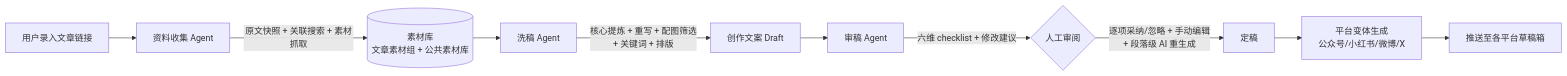
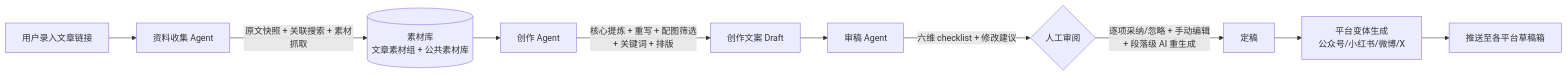
One commit to 18582088138/WeChatRewriteX changed the diagram in docs/design/00-overview.md. Above: the diagram before and after it, drawn with Mermaid. The commit also changed other lines of this file and 89 other files, not shown here.

````diff
--- a/docs/design/00-overview.md
+++ b/docs/design/00-overview.md
@@ -9,12 +9,12 @@
 ```mermaid
 flowchart LR
     A[用户录入文章链接] --> B[资料收集 Agent]
     B -->|原文快照 + 关联搜索 + 素材抓取| C[(素材库<br/>文章素材组 + 公共素材库)]
-    C --> D[洗稿 Agent]
+    C --> D[创作 Agent]
     D -->|核心提炼 + 重写 + 配图筛选<br/>+ 关键词 + 排版| E[创作文案 Draft]
     E --> F[审稿 Agent]
     F -->|六维 checklist + 修改建议| G{人工审阅}
     G -->|逐项采纳/忽略 + 手动编辑<br/>+ 段落级 AI 重生成| H[定稿]
     H --> I[平台变体生成<br/>公众号/小红书/微博/X]
     I --> J[推送至各平台草稿箱]
 ```
````
